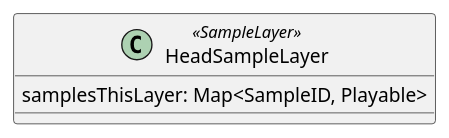
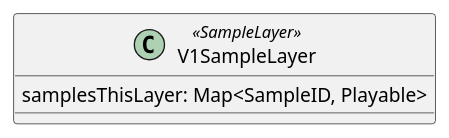
One commit to tunepruner/FingerPerc changed diagram 27 of 31 in app/Documentation/Declarations.puml. Above: the diagram before and after it, drawn with PlantUML. The commit also changed other lines of this file and 25 other files, not shown here.

```diff
--- a/app/Documentation/Declarations.puml
+++ b/app/Documentation/Declarations.puml
@@ -227,5 +209,5 @@
-@startuml(id=HeadSampleLayer)
-class HeadSampleLayer<<SampleLayer>>{
+@startuml(id=V1SampleLayer)
+class V1SampleLayer<<SampleLayer>>{
 samplesThisLayer: Map<SampleID, Playable>
 }
 @enduml
```
